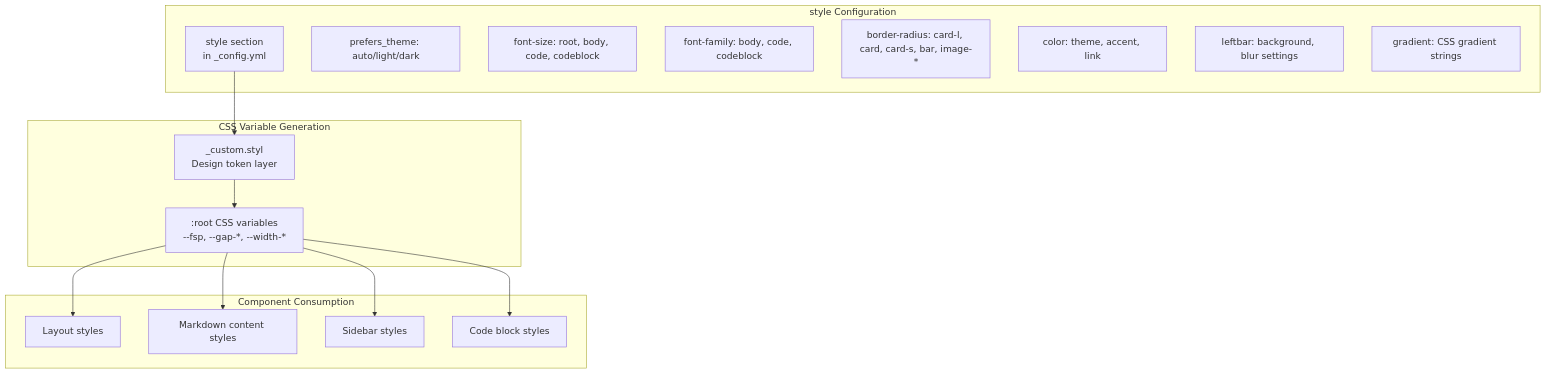
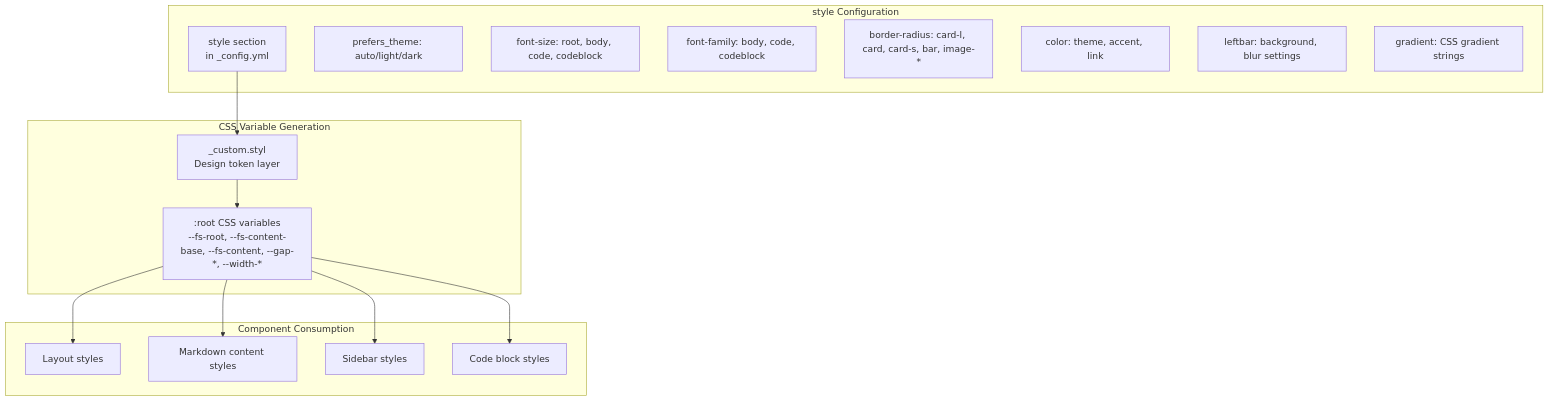
One commit to xaoxuu/hexo-theme-stellar changed the fourth of 5 diagrams in docs/knowledge/00-总览与安装配置/configuration.md. Above: the diagram before and after it, drawn with Mermaid. The commit also changed other lines of this file and 41 other files, not shown here.

````diff
--- a/docs/knowledge/00-总览与安装配置/configuration.md
+++ b/docs/knowledge/00-总览与安装配置/configuration.md
@@ -426,34 +426,34 @@
 ```mermaid
 graph TB
     subgraph "style Configuration"
         STYLE["style section<br/>in _config.yml"]
         
         THEME["prefers_theme: auto/light/dark"]
         FONTSIZE["font-size: root, body, code, codeblock"]
         FONTFAMILY["font-family: body, code, codeblock"]
         BORDER["border-radius: card-l, card, card-s, bar, image-*"]
         COLOR["color: theme, accent, link"]
         LEFTBAR["leftbar: background, blur settings"]
         GRADIENT["gradient: CSS gradient strings"]
     end
     
     subgraph "CSS Variable Generation"
         CUSTOMSTYL["_custom.styl<br/>Design token layer"]
-        CSSROOT[":root CSS variables<br/>--fsp, --gap-*, --width-*"]
+        CSSROOT[":root CSS variables<br/>--fs-root, --fs-content-base, --fs-content, --gap-*, --width-*"]
     end
     
     subgraph "Component Consumption"
         LAYOUT["Layout styles"]
         MDTEXT["Markdown content styles"]
         SIDEBAR["Sidebar styles"]
         CODEBLOCK["Code block styles"]
     end
     
     STYLE --> CUSTOMSTYL
     CUSTOMSTYL --> CSSROOT
     
     CSSROOT --> LAYOUT
     CSSROOT --> MDTEXT
     CSSROOT --> SIDEBAR
     CSSROOT --> CODEBLOCK
 ```
````
